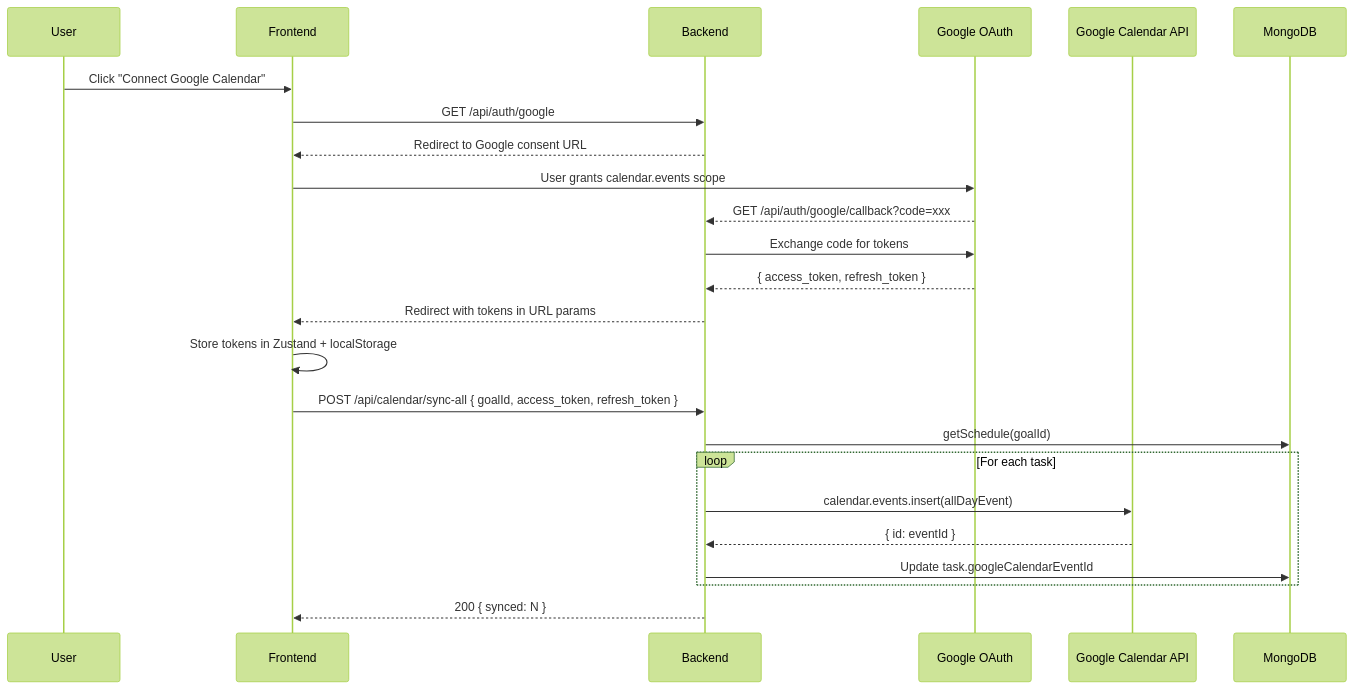
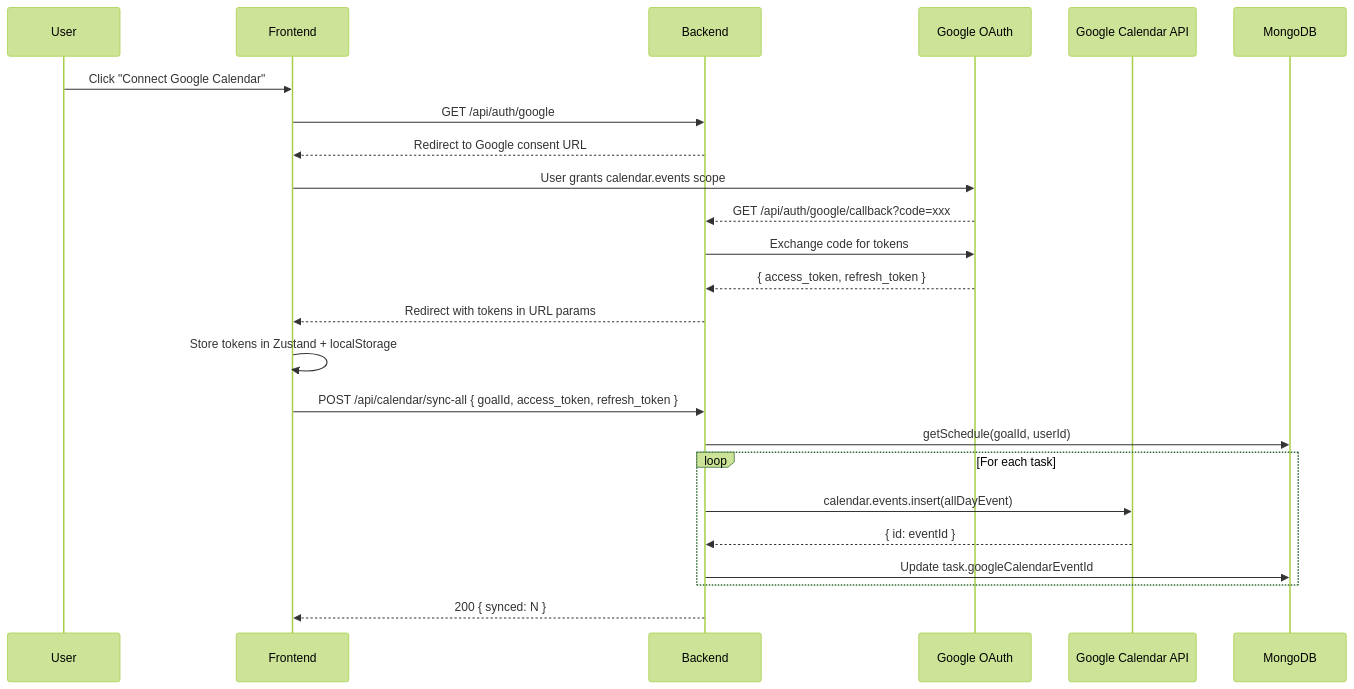
The fifth of 5 diagrams in docs/ARCHITECTURE.md (jsb58p/ai-calendar), drawn with Mermaid (forest theme) before and after one commit. The commit also changed other lines of this file and 5 other files, not shown here.

````diff
--- a/docs/ARCHITECTURE.md
+++ b/docs/ARCHITECTURE.md
@@ -80,27 +112,27 @@
 ```mermaid
 sequenceDiagram
   participant U as User
   participant FE as Frontend
   participant BE as Backend
   participant G as Google OAuth
   participant GCal as Google Calendar API
   participant DB as MongoDB
 
   U->>FE: Click "Connect Google Calendar"
   FE->>BE: GET /api/auth/google
   BE-->>FE: Redirect to Google consent URL
   FE->>G: User grants calendar.events scope
   G-->>BE: GET /api/auth/google/callback?code=xxx
   BE->>G: Exchange code for tokens
   G-->>BE: { access_token, refresh_token }
   BE-->>FE: Redirect with tokens in URL params
   FE->>FE: Store tokens in Zustand + localStorage
   FE->>BE: POST /api/calendar/sync-all { goalId, access_token, refresh_token }
-  BE->>DB: getSchedule(goalId)
+  BE->>DB: getSchedule(goalId, userId)
   loop For each task
     BE->>GCal: calendar.events.insert(allDayEvent)
     GCal-->>BE: { id: eventId }
     BE->>DB: Update task.googleCalendarEventId
   end
   BE-->>FE: 200 { synced: N }
 ```
````
